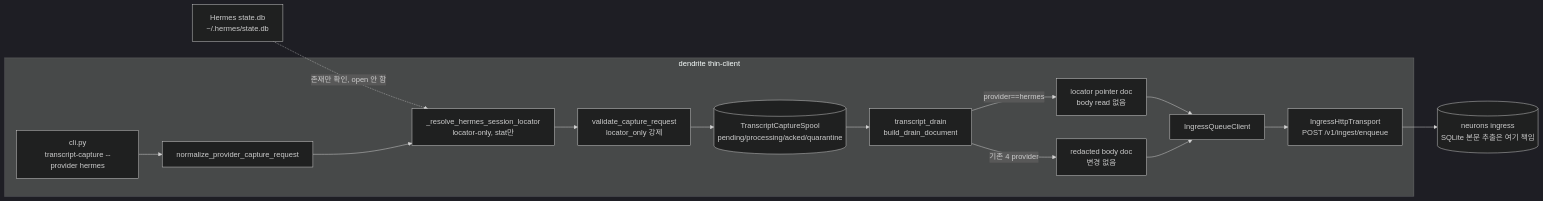
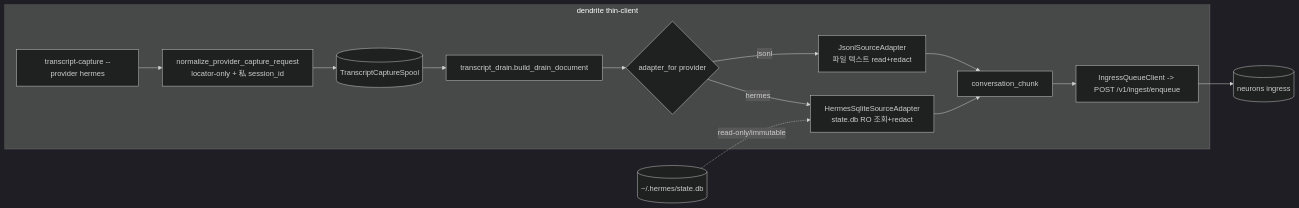
The first of 3 diagrams in specs/hermes-provider-capture/design.md (pureliture/dendrite), drawn with Mermaid (dark theme) before and after one commit. The commit also changed other lines of this file and 12 other files, not shown here.

First line of the commit message:
refactor(hermes): source adapter interface — Hermes ships conversation_chunk

````diff
--- a/specs/hermes-provider-capture/design.md
+++ b/specs/hermes-provider-capture/design.md
@@ -76,17 +57,16 @@
 ```mermaid
 flowchart LR
-  H[Hermes state.db<br/>~/.hermes/state.db] -. 존재만 확인, open 안 함 .-> L
   subgraph dendrite [dendrite thin-client]
-    CLI[cli.py<br/>transcript-capture --provider hermes] --> NR[normalize_provider_capture_request]
-    NR --> L[_resolve_hermes_session_locator<br/>locator-only, stat만]
-    L --> VR[validate_capture_request<br/>locator_only 강제]
-    VR --> SP[(TranscriptCaptureSpool<br/>pending/processing/acked/quarantine)]
-    SP --> DR[transcript_drain<br/>build_drain_document]
-    DR -- "provider==hermes" --> PT[locator pointer doc<br/>body read 없음]
-    DR -- "기존 4 provider" --> BD[redacted body doc<br/>변경 없음]
-    PT --> IQ[IngressQueueClient]
-    BD --> IQ
-    IQ --> IT[IngressHttpTransport<br/>POST /v1/ingest/enqueue]
+    CLI[transcript-capture --provider hermes] --> NR[normalize_provider_capture_request<br/>locator-only + 私 session_id]
+    NR --> SP[(TranscriptCaptureSpool)]
+    SP --> DR[transcript_drain.build_drain_document]
+    DR --> AD{adapter_for provider}
+    AD -- jsonl --> JA[JsonlSourceAdapter<br/>파일 텍스트 read+redact]
+    AD -- hermes --> HA[HermesSqliteSourceAdapter<br/>state.db RO 조회+redact]
+    JA --> CC[conversation_chunk]
+    HA --> CC
+    CC --> IQ[IngressQueueClient -> POST /v1/ingest/enqueue]
   end
-  IT --> N[(neurons ingress<br/>SQLite 본문 추출은 여기 책임)]
+  H[(~/.hermes/state.db)] -. read-only/immutable .-> HA
+  IQ --> N[(neurons ingress)]
 ```
````
